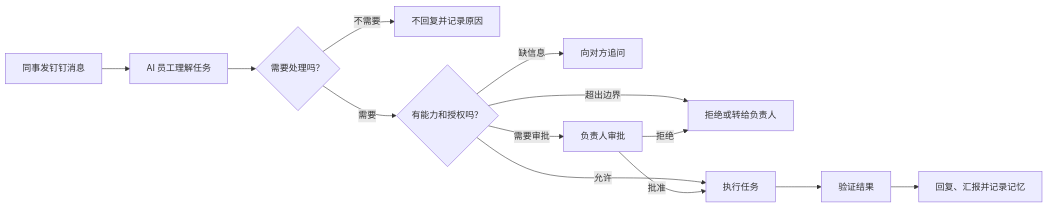
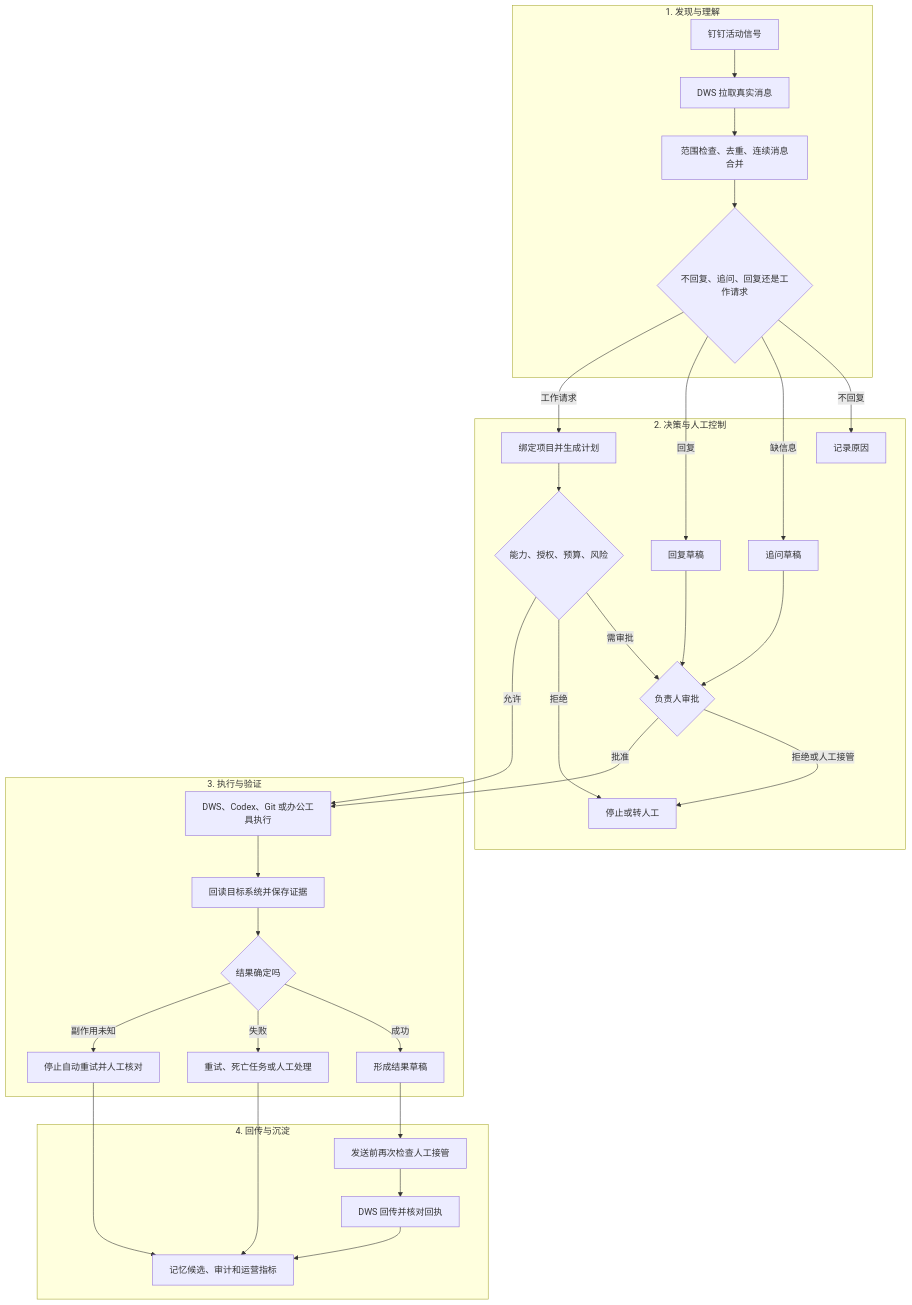
The diagram in docs/设计总览.md (ruiwang20010702/ai-employee), drawn with Mermaid before and after one commit. The commit also changed other lines of this file and 18 other files, not shown here.

````diff
--- a/docs/设计总览.md
+++ b/docs/设计总览.md
@@ -19,15 +19,39 @@
 ```mermaid
-flowchart LR
-    A["同事发钉钉消息"] --> B["AI 员工理解任务"]
-    B --> C{"需要处理吗？"}
-    C -->|"不需要"| D["不回复并记录原因"]
-    C -->|"需要"| E{"有能力和授权吗？"}
-    E -->|"缺信息"| F["向对方追问"]
-    E -->|"超出边界"| G["拒绝或转给负责人"]
-    E -->|"需要审批"| H["负责人审批"]
-    E -->|"允许"| I["执行任务"]
-    H -->|"批准"| I
-    H -->|"拒绝"| G
-    I --> J["验证结果"]
-    J --> K["回复、汇报并记录记忆"]
+flowchart TD
+    subgraph P1["1. 发现与理解"]
+        A["钉钉活动信号"] --> B["DWS 拉取真实消息"]
+        B --> C["范围检查、去重、连续消息合并"]
+        C --> D{"不回复、追问、回复还是工作请求"}
+    end
+
+    subgraph P2["2. 决策与人工控制"]
+        D -->|"不回复"| E["记录原因"]
+        D -->|"缺信息"| F["追问草稿"]
+        D -->|"回复"| G["回复草稿"]
+        D -->|"工作请求"| H["绑定项目并生成计划"]
+        F --> I{"负责人审批"}
+        G --> I
+        H --> J{"能力、授权、预算、风险"}
+        J -->|"需审批"| I
+        J -->|"拒绝"| K["停止或转人工"]
+        I -->|"拒绝或人工接管"| K
+    end
+
+    subgraph P3["3. 执行与验证"]
+        I -->|"批准"| L["DWS、Codex、Git 或办公工具执行"]
+        J -->|"允许"| L
+        L --> M["回读目标系统并保存证据"]
+        M --> N{"结果确定吗"}
+        N -->|"成功"| O["形成结果草稿"]
+        N -->|"失败"| P["重试、死亡任务或人工处理"]
+        N -->|"副作用未知"| Q["停止自动重试并人工核对"]
+    end
+
+    subgraph P4["4. 回传与沉淀"]
+        O --> R["发送前再次检查人工接管"]
+        R --> S["DWS 回传并核对回执"]
+        S --> T["记忆候选、审计和运营指标"]
+        P --> T
+        Q --> T
+    end
 ```
````
